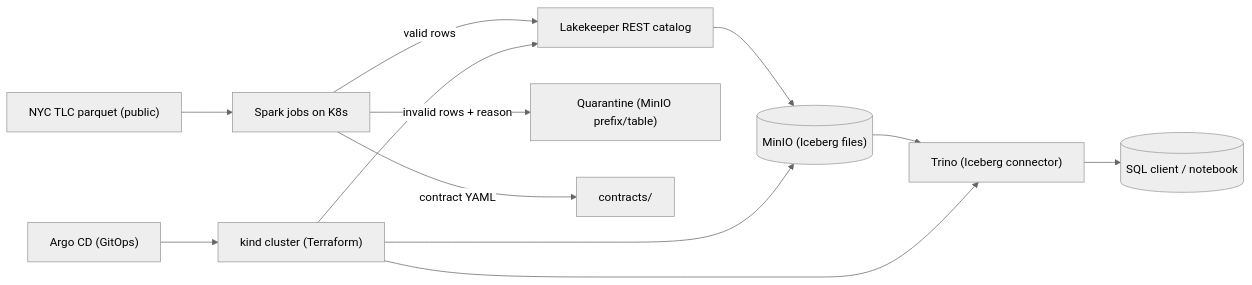
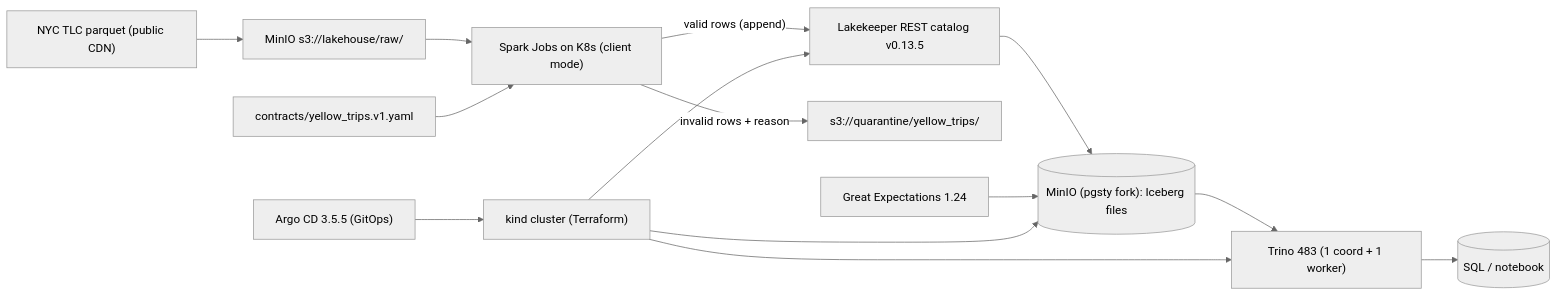
Before and after one commit to Mazhine/nyc-taxi-lakehouse: the diagram in README.md, drawn with Mermaid (neutral theme). The commit also changed other lines of this file and 13 other files, not shown here.

````diff
--- a/README.md
+++ b/README.md
@@ -10,14 +11,16 @@
 ```mermaid
 flowchart LR
-    TLC["NYC TLC parquet (public)"] --> ING["Spark jobs on K8s"]
-    ING -->|"valid rows"| LK["Lakekeeper REST catalog"]
-    ING -->|"invalid rows + reason"| Q["Quarantine (MinIO prefix/table)"]
-    LK --> MINIO[("MinIO (Iceberg files)")]
-    MINIO --> TRINO["Trino (Iceberg connector)"]
-    TRINO --> USER[("SQL client / notebook")]
-    ING -->|"contract YAML"| CTR["contracts/"]
-    ARGO["Argo CD (GitOps)"] --> K8S["kind cluster (Terraform)"]
+    TLC["NYC TLC parquet (public CDN)"] --> RAW["MinIO s3://lakehouse/raw/"]
+    RAW --> SJ["Spark Jobs on K8s (client mode)"]
+    SJ -->|"valid rows (append)"| LK["Lakekeeper REST catalog v0.13.5"]
+    SJ -->|"invalid rows + reason"| Q["s3://quarantine/yellow_trips/"]
+    CTR["contracts/yellow_trips.v1.yaml"] --> SJ
+    LK --> MINIO[("MinIO (pgsty fork): Iceberg files")]
+    MINIO --> TRINO["Trino 483 (1 coord + 1 worker)"]
+    TRINO --> USER[("SQL / notebook")]
+    GX["Great Expectations 1.24"] --> MINIO
+    ARGO["Argo CD 3.5.5 (GitOps)"] --> K8S["kind cluster (Terraform)"]
     K8S --> MINIO
     K8S --> LK
     K8S --> TRINO
 ```
````
